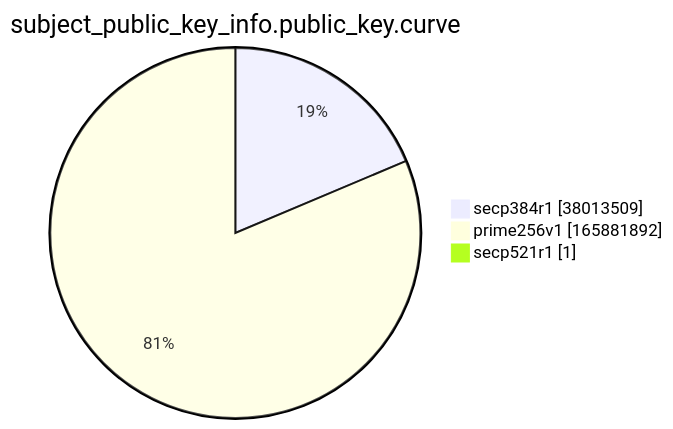
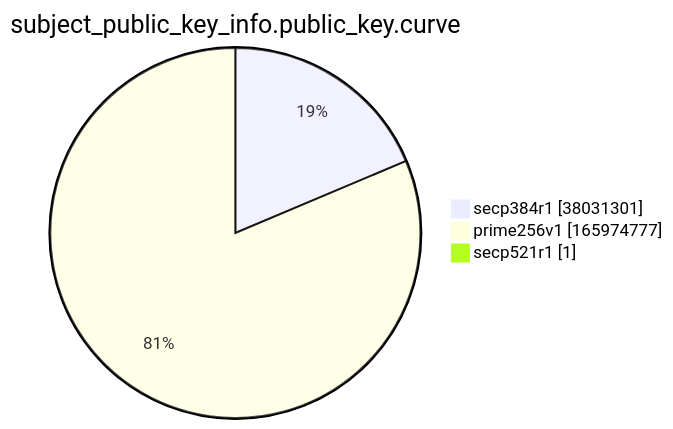
The ninth of 15 diagrams in argon2022/README.md (christiankrug/ctmonitor_visualization), drawn with Mermaid before and after one commit. The commit also changed other lines of this file, not shown here.

````diff
--- a/argon2022/README.md
+++ b/argon2022/README.md
@@ -2766,7 +2766,7 @@
 ```mermaid
 pie showData
 title subject_public_key_info.public_key.curve
-"secp384r1" :38013509
-"prime256v1" :165881892
+"secp384r1" :38031301
+"prime256v1" :165974777
 "secp521r1" :1
 ```
````
